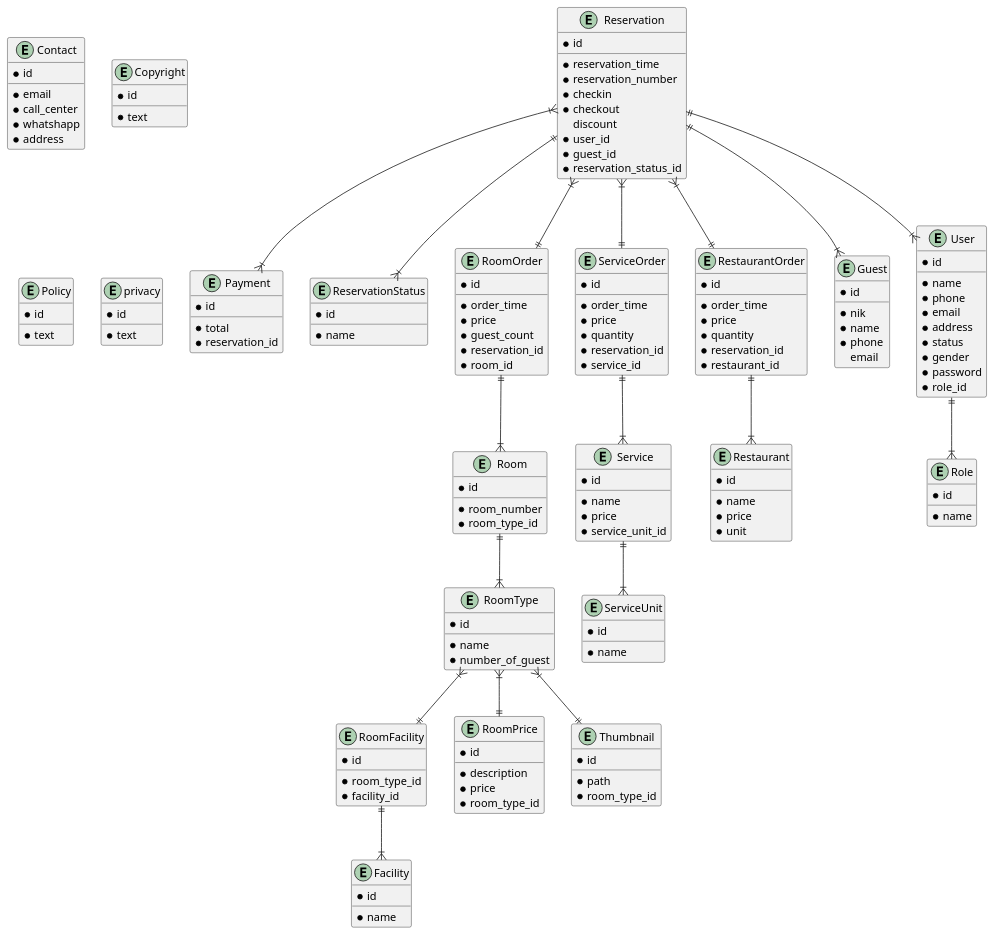
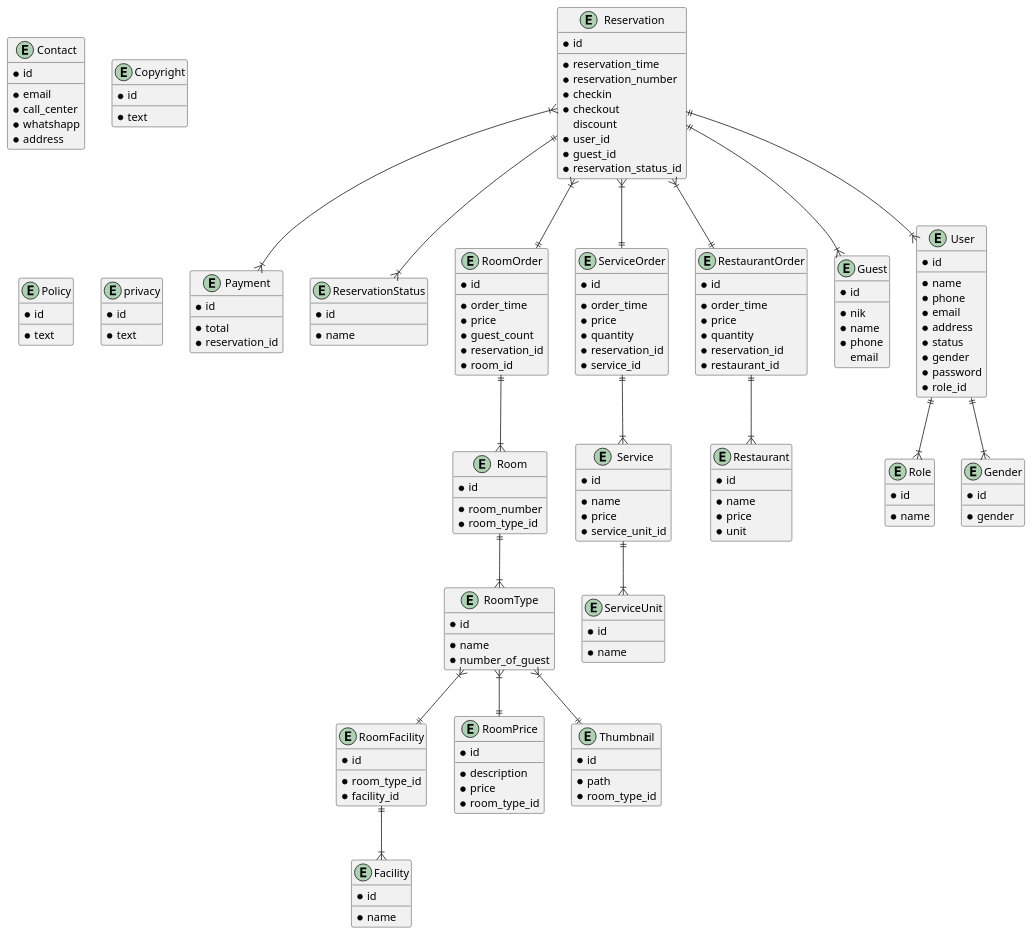
Before and after one commit to MuhammadIqbalAfandi/semuwainn: the diagram in designs/diagrams/database.puml, drawn with PlantUML. The commit also changed 18 other files, not shown here.

Commit message:
refactor: user table and added gender feature

```diff
--- a/designs/diagrams/database.puml
+++ b/designs/diagrams/database.puml
@@ -105,6 +105,12 @@
     * name
   }
 
+  entity Gender {
+    * id
+    __
+    * gender
+  }
+
   entity RoomFacility {
     * id
     __
@@ -191,5 +197,6 @@
   Service ||--|{ ServiceUnit
   RestaurantOrder ||--|{ Restaurant
   User ||--|{ Role
+  User ||--|{ Gender
 
 @enduml
```
